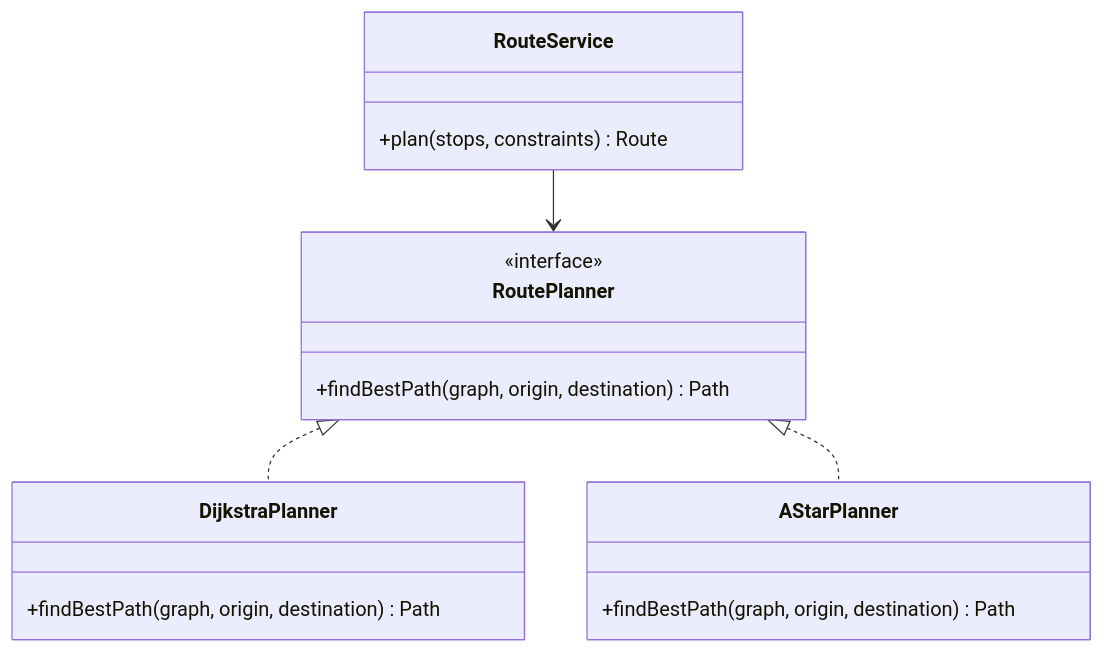
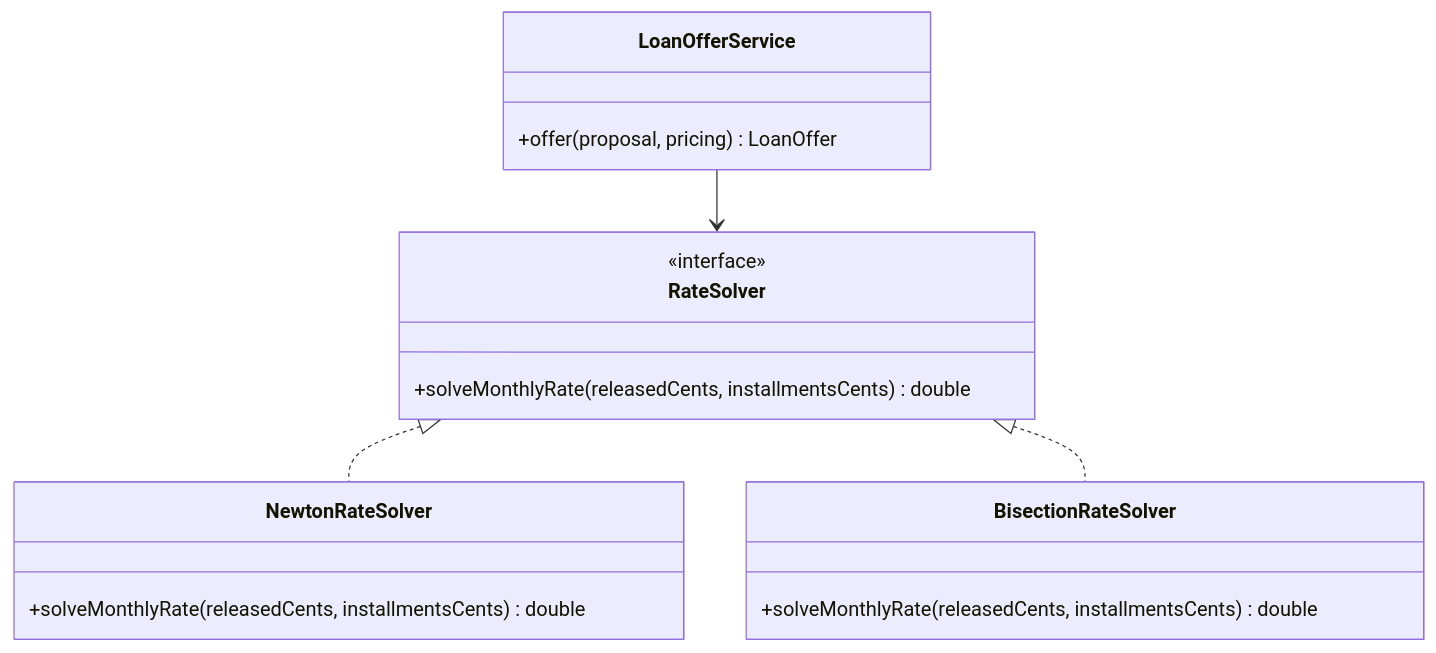
One commit to alancesar/design-patterns changed the diagram in docs/design/ddd/distillation/cohesive-mechanisms.md. Above: the diagram before and after it, drawn with Mermaid. The commit also changed other lines of this file and 67 other files, not shown here.

First line of the commit message:
Switch DDD examples and diagrams to fintech scenarios

````diff
--- a/docs/design/ddd/distillation/cohesive-mechanisms.md
+++ b/docs/design/ddd/distillation/cohesive-mechanisms.md
@@ -56,19 +56,19 @@
 ```mermaid
 classDiagram
-    class RouteService {
-        +plan(stops, constraints) Route
+    class LoanOfferService {
+        +offer(proposal, pricing) LoanOffer
     }
-    class RoutePlanner {
+    class RateSolver {
         <<interface>>
-        +findBestPath(graph, origin, destination) Path
+        +solveMonthlyRate(releasedCents, installmentsCents) double
     }
-    class DijkstraPlanner {
-        +findBestPath(graph, origin, destination) Path
+    class NewtonRateSolver {
+        +solveMonthlyRate(releasedCents, installmentsCents) double
     }
-    class AStarPlanner {
-        +findBestPath(graph, origin, destination) Path
+    class BisectionRateSolver {
+        +solveMonthlyRate(releasedCents, installmentsCents) double
     }
-    RouteService --> RoutePlanner
-    RoutePlanner <|.. DijkstraPlanner
-    RoutePlanner <|.. AStarPlanner
+    LoanOfferService --> RateSolver
+    RateSolver <|.. NewtonRateSolver
+    RateSolver <|.. BisectionRateSolver
 ```
````
